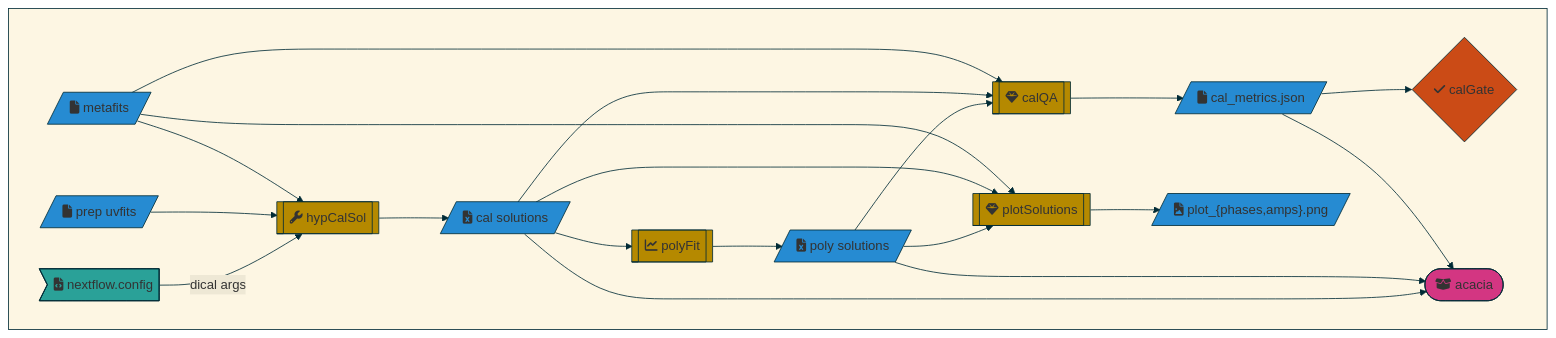
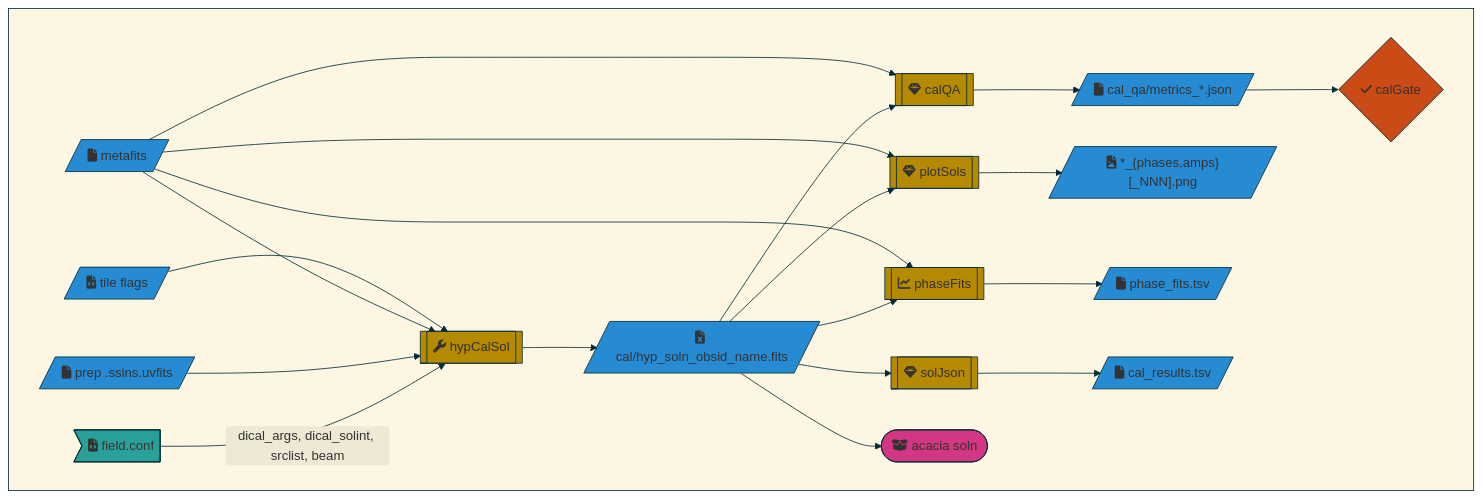
One commit to MWATelescope/MWAEoR-Pipeline changed the third of 6 diagrams in README.md. Above: the diagram before and after it, drawn with Mermaid. The commit also changed other lines of this file and 2 other files, not shown here.

````diff
--- a/README.md
+++ b/README.md
@@ -82,35 +107,36 @@
 ```mermaid
 %%{init:{'theme':'base','themeVariables':{'primaryBorderColor':'#002b36','secondaryColor':'#eee8d5','tertiaryColor':'#fdf6e3','tertiaryBorderColor':'#002b36','lineColor':'#002b36','textColor':'#002b36'}}}%%
 graph TD;
   classDef in fill:#2aa198;
   classDef out fill:#d33682;
   classDef file fill:#268bd2;
   classDef proc fill:#b58900;
   classDef decision fill:#cb4b16;
 
   subgraph " "
-    nfConfig --"dical args"--> hypCalSol --> calSol
-    prepUVFits & metafits --> hypCalSol
-    %% hypCalSol --> dicalLog
-    calSol --> polyFit --> polyCal
-    polyCal & calSol & metafits --> calQA --> calMetricsJson
-    calMetricsJson --> calGate
-    calSol & polyCal & calMetricsJson --> acaciaCal
-    polyCal & calSol & metafits --> plotSolutions --> plotSol
+    nfConfig --"dical_args, dical_solint, srclist, beam"--> hypCalSol --> calSol
+    ssinsUVFits & metafits & tileFlags --> hypCalSol
+    calSol & metafits --> calQA --> calMetricsJson --> calGate
+    calSol & metafits --> plotSols --> solPlots
+    calSol & metafits --> phaseFits --> phaseFitTsv
+    calSol --> solJson --> calResultsTsv
+    calSol --> acaciaCal
 
-    calSol[/fa:fa-file-excel cal solutions/]; class calSol file
+    calSol[/"fa:fa-file-excel cal/hyp_soln_obsid_name.fits"/]; class calSol file
     hypCalSol[[fa:fa-wrench hypCalSol]]; class hypCalSol proc
-    %% dicalLog[/fa:fa-file dical log /]; class dicalLog file
-    nfConfig>fa:fa-file-code nextflow.config]; class nfConfig in
+    nfConfig>fa:fa-file-code field.conf]; class nfConfig in
     metafits[/fa:fa-file metafits/]; class metafits file
-    prepUVFits[/fa:fa-file prep uvfits/]; class prepUVFits file
-    polyCal[/fa:fa-file-excel poly solutions /]; class polyCal file
-    polyFit[[fa:fa-chart-line polyFit]]; class polyFit proc
+    ssinsUVFits[/fa:fa-file prep .ssins.uvfits/]; class ssinsUVFits file
+    tileFlags[/fa:fa-file-code tile flags/]; class tileFlags file
     calQA[[fa:fa-gem calQA]]; class calQA proc;
-    calMetricsJson[/"fa:fa-file cal_metrics.json "/]; class calMetricsJson file
+    calMetricsJson[/"fa:fa-file cal_qa/metrics_*.json "/]; class calMetricsJson file
     calGate{fa:fa-check calGate}; class calGate decision;
-    acaciaCal([fa:fa-box-open acacia]); class acaciaCal out
-    plotSolutions[[fa:fa-gem plotSolutions]]; class plotSolutions proc
-    plotSol[/"fa:fa-file-image plot_{phases,amps}.png "/]; class plotSol file
+    acaciaCal([fa:fa-box-open acacia soln]); class acaciaCal out
+    plotSols[[fa:fa-gem plotSols]]; class plotSols proc
+    solPlots[/"fa:fa-file-image *_{phases,amps}[_NNN].png "/]; class solPlots file
+    phaseFits[[fa:fa-chart-line phaseFits]]; class phaseFits proc
+    phaseFitTsv[/"fa:fa-file phase_fits.tsv "/]; class phaseFitTsv file
+    solJson[[fa:fa-gem solJson]]; class solJson proc
+    calResultsTsv[/"fa:fa-file cal_results.tsv "/]; class calResultsTsv file
   end
 ```
````
